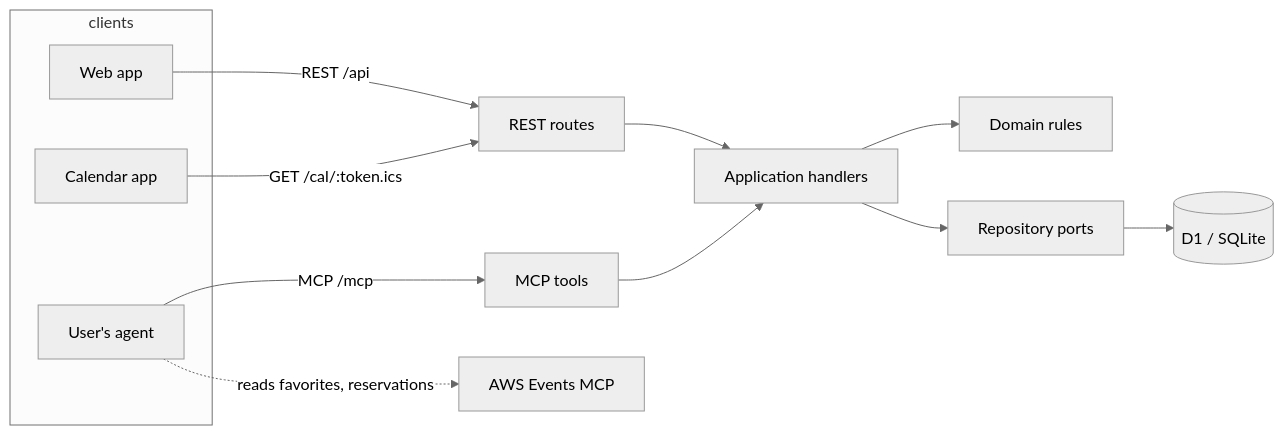
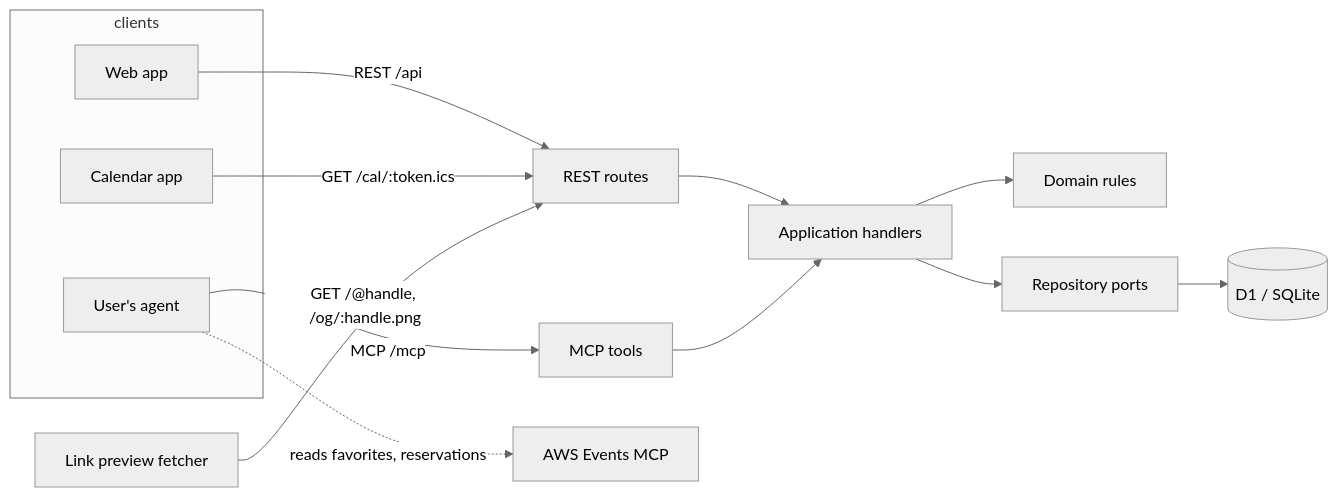
Before and after one commit to voidprojectssoftware/reinvent-hallway: the second of 2 diagrams in docs/architecture/domain.md, drawn with Mermaid (neutral theme). The commit also changed other lines of this file and 33 other files, not shown here.

````diff
--- a/docs/architecture/domain.md
+++ b/docs/architecture/domain.md
@@ -166,17 +173,18 @@
 ```mermaid
 flowchart LR
   subgraph clients
     W[Web app]
     A[User's agent]
     C[Calendar app]
   end
   W -- REST /api --> API[REST routes]
   A -- MCP /mcp --> MCP[MCP tools]
   C -- GET /cal/:token.ics --> API
+  L[Link preview fetcher] -- "GET /@handle, /og/:handle.png" --> API
   API --> H[Application handlers]
   MCP --> H
   H --> D[Domain rules]
   H --> R[Repository ports]
   R --> D1[(D1 / SQLite)]
   A -. reads favorites, reservations .-> AWS[AWS Events MCP]
 ```
````
